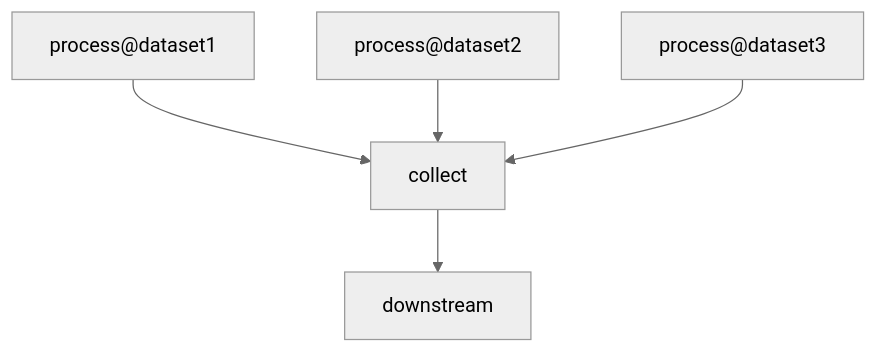
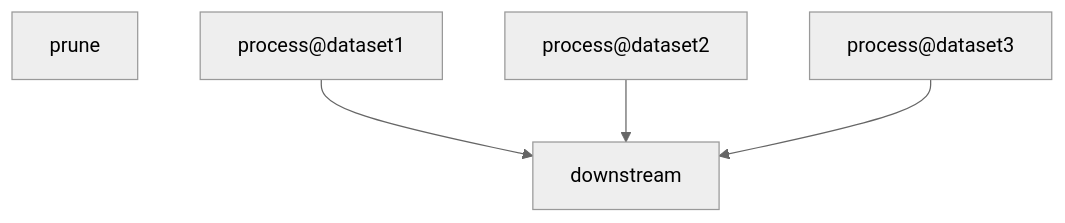
Before and after one commit to skshetry/dvc-incremental-processing: the diagram in README.md, drawn with Mermaid (neutral theme). The commit also changed 6 other files, not shown here.

````diff
--- a/README.md
+++ b/README.md
@@ -5,12 +5,11 @@
 ```mermaid
 flowchart TD
-	node1["collect"]
+	node1["prune"]
 	node2["downstream"]
 	node3["process@dataset1"]
 	node4["process@dataset2"]
 	node5["process@dataset3"]
-	node1-->node2
-	node3-->node1
-	node4-->node1
-	node5-->node1
+	node3-->node2
+	node4-->node2
+	node5-->node2
 ```
````
